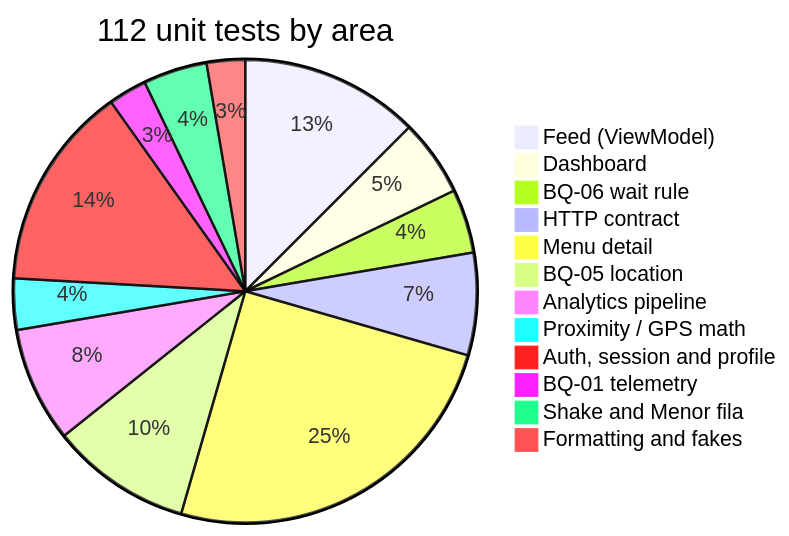
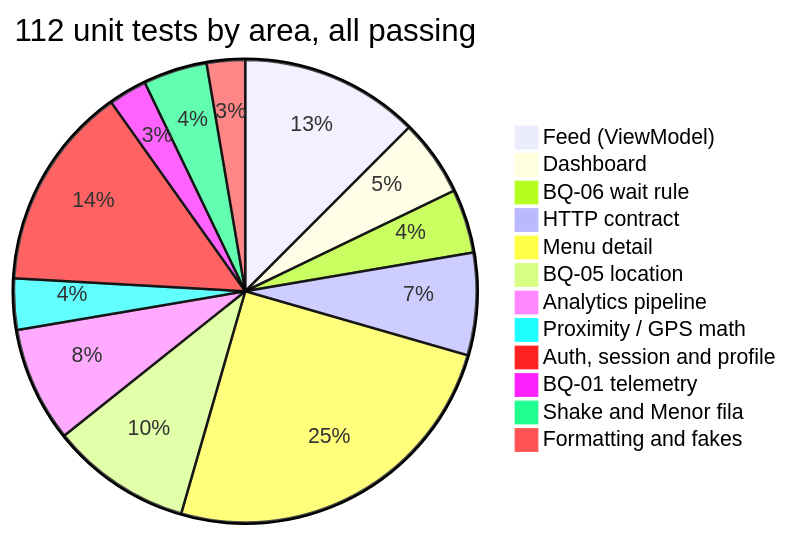
One commit to cmolina12/UniEat-Android changed diagram 15 of 15 in docs/sprint2-sustentacion.md. Above: the diagram before and after it, drawn with Mermaid. The commit also changed other lines of this file, not shown here.

Commit message:
Secciones de Samuel en la sustentación y resultados de tests

````diff
--- a/docs/sprint2-sustentacion.md
+++ b/docs/sprint2-sustentacion.md
@@ -331,15 +467,15 @@
 ```mermaid
-pie title 112 unit tests by area
+pie title 112 unit tests by area, all passing
     "Feed (ViewModel)" : 14
     "Dashboard" : 6
     "BQ-06 wait rule" : 5
     "HTTP contract" : 8
     "Menu detail" : 28
     "BQ-05 location" : 11
     "Analytics pipeline" : 9
     "Proximity / GPS math" : 4
     "Auth, session and profile" : 16
     "BQ-01 telemetry" : 3
     "Shake and Menor fila" : 5
     "Formatting and fakes" : 3
 ```
````
